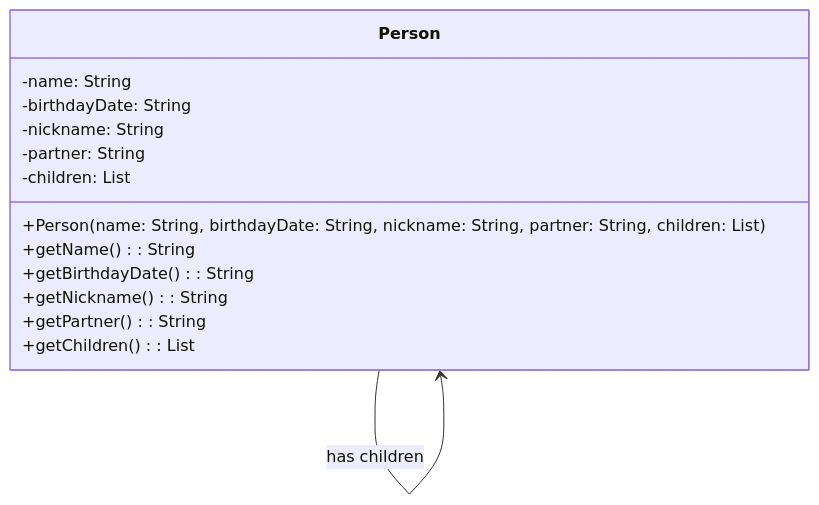
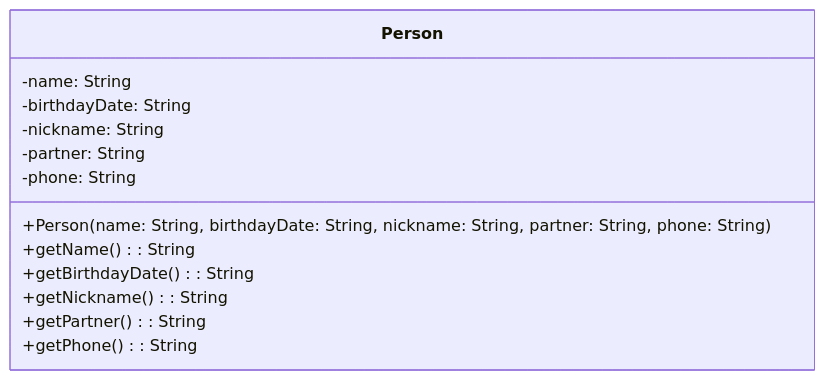
The diagram in README.md (AlessandraRosaRezende/dio-trilha-java-basico-api-final), drawn with Mermaid before and after one commit. The commit also changed other lines of this file, not shown here.

````diff
--- a/README.md
+++ b/README.md
@@ -7,20 +7,19 @@
 ``` mermaid
 
 classDiagram
     class Person {
         -name: String
         -birthdayDate: String
         -nickname: String
         -partner: String
-        -children: List<Person>
-        +Person(name: String, birthdayDate: String, nickname: String, partner: String, children: List<Person>)
+        -phone: String
+        +Person(name: String, birthdayDate: String, nickname: String, partner: String, phone: String)
         +getName(): String
         +getBirthdayDate(): String
         +getNickname(): String
         +getPartner(): String
-        +getChildren(): List<Person>
+        +getPhone(): String
     }
 
-    Person --> Person : has children
 
 ```
````
